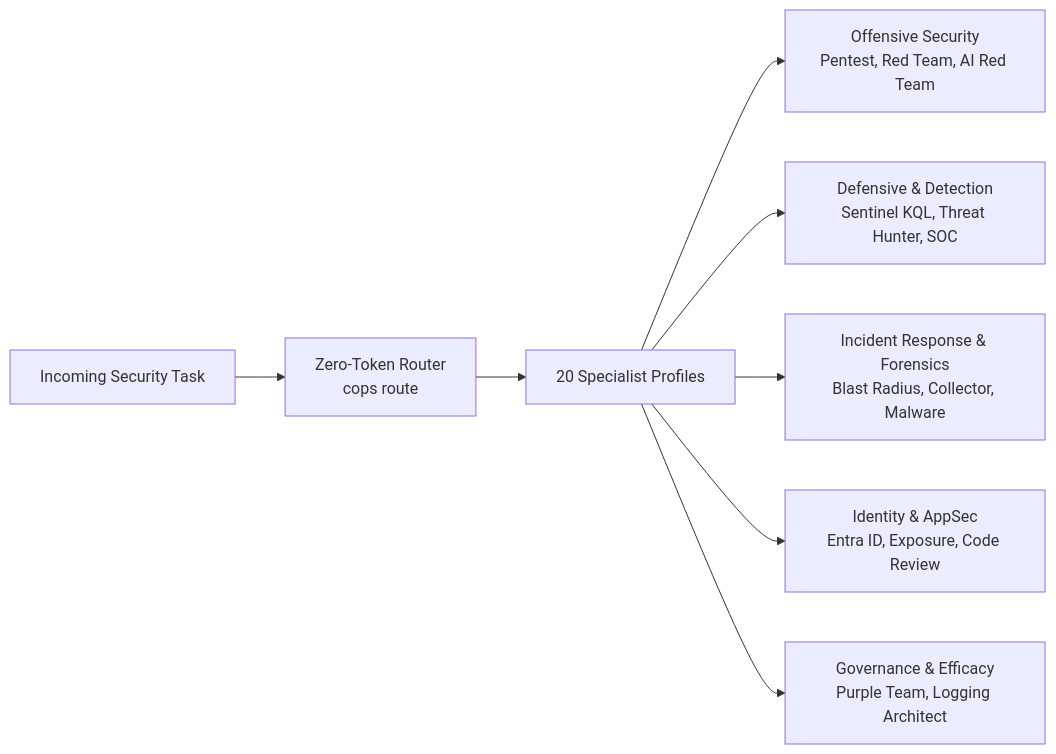
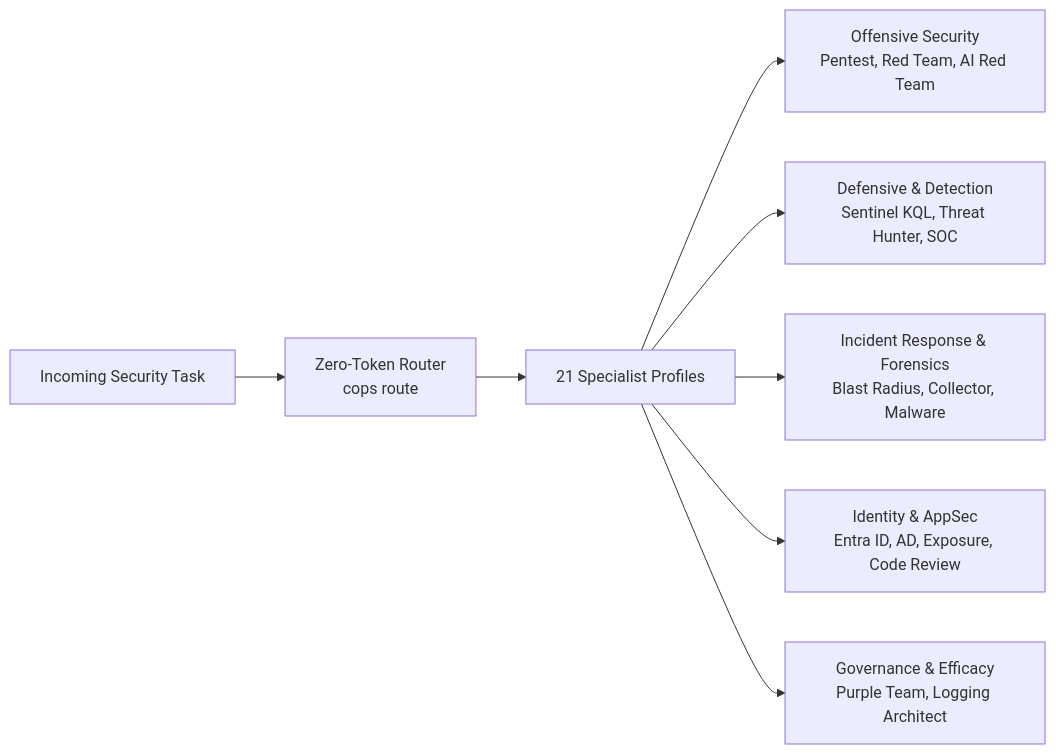
Before and after one commit to sodejm/copilot-operation-plugin-for-security: the diagram in docs/index.md, drawn with Mermaid. The commit also changed other lines of this file and 47 other files, not shown here.

````diff
--- a/docs/index.md
+++ b/docs/index.md
@@ -108,10 +108,10 @@
 ```mermaid
 flowchart LR
     TASK["Incoming Security Task"] --> ROUTER["Zero-Token Router<br/>cops route"]
-    ROUTER --> SPEC["20 Specialist Profiles"]
+    ROUTER --> SPEC["21 Specialist Profiles"]
     SPEC --> OFF["Offensive Security<br/>Pentest, Red Team, AI Red Team"]
     SPEC --> DEF["Defensive & Detection<br/>Sentinel KQL, Threat Hunter, SOC"]
     SPEC --> DFIR["Incident Response & Forensics<br/>Blast Radius, Collector, Malware"]
-    SPEC --> IAM["Identity & AppSec<br/>Entra ID, Exposure, Code Review"]
+    SPEC --> IAM["Identity & AppSec<br/>Entra ID, AD, Exposure, Code Review"]
     SPEC --> GOV["Governance & Efficacy<br/>Purple Team, Logging Architect"]
 ```
````
